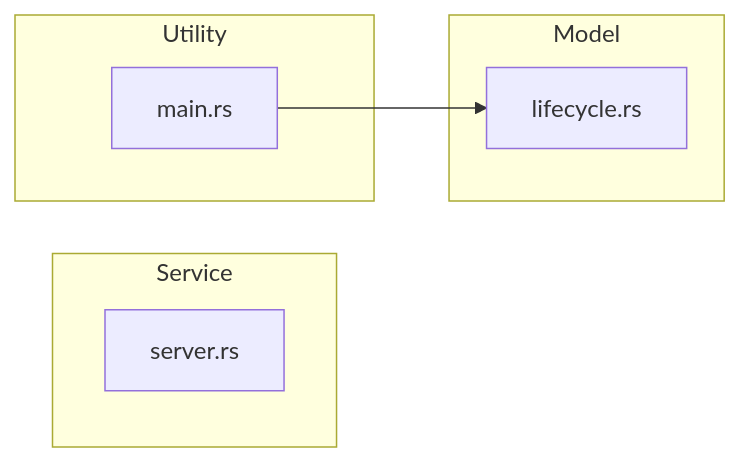
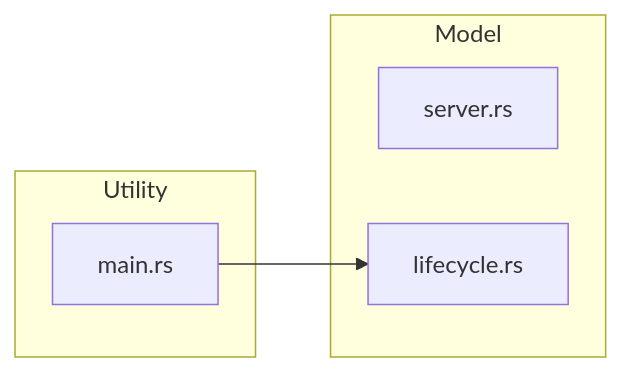
Before and after one commit to Mague/void-stack: the seventh of 8 diagrams in void-stack-analysis.md, drawn with Mermaid. The commit also changed other lines of this file and 10 other files, not shown here.

````diff
--- a/void-stack-analysis.md
+++ b/void-stack-analysis.md
@@ -1310,13 +1309,11 @@
 ```mermaid
 graph LR
-    subgraph service ["Service"]
+    subgraph model ["Model"]
         src_server_rs["server.rs"]
-    end
-    subgraph model ["Model"]
         src_lifecycle_rs["lifecycle.rs"]
     end
     subgraph utility ["Utility"]
         src_main_rs["main.rs"]
     end
     src_main_rs --> src_lifecycle_rs
 ```
````
